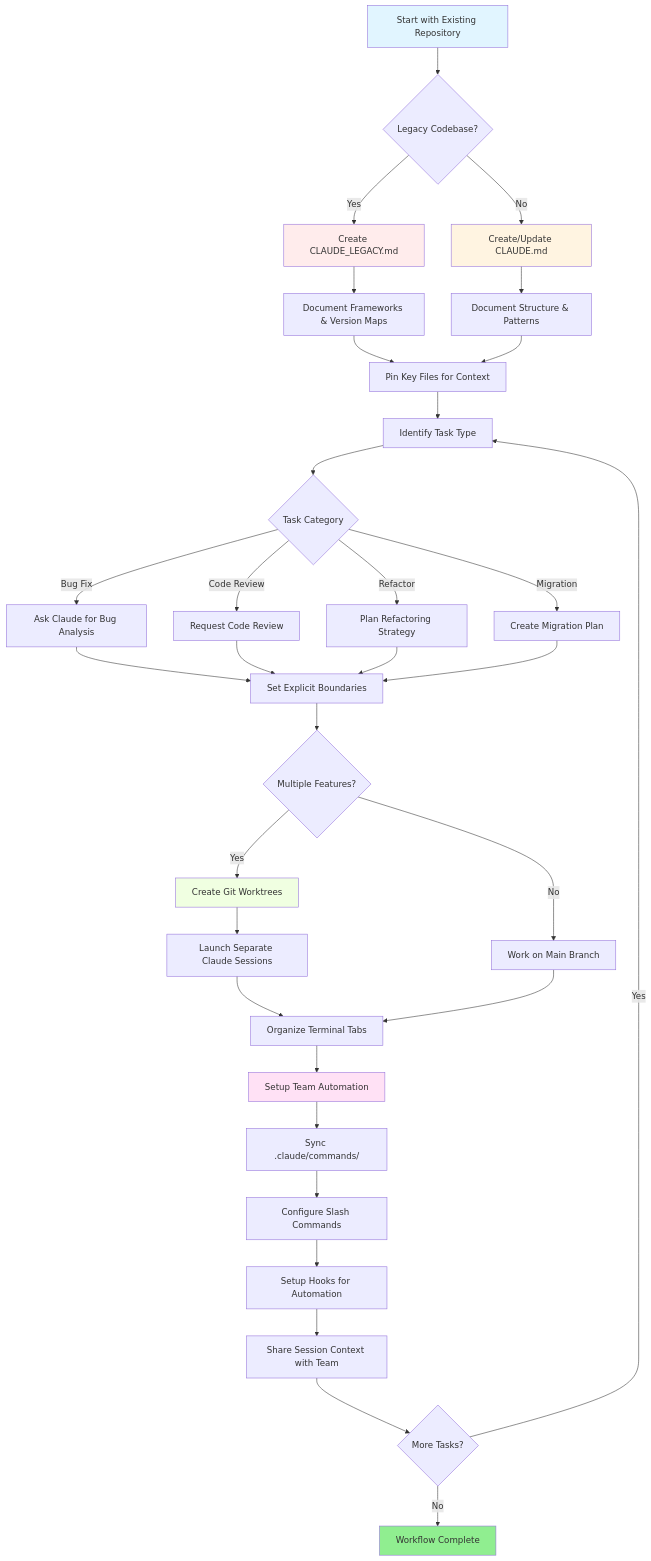
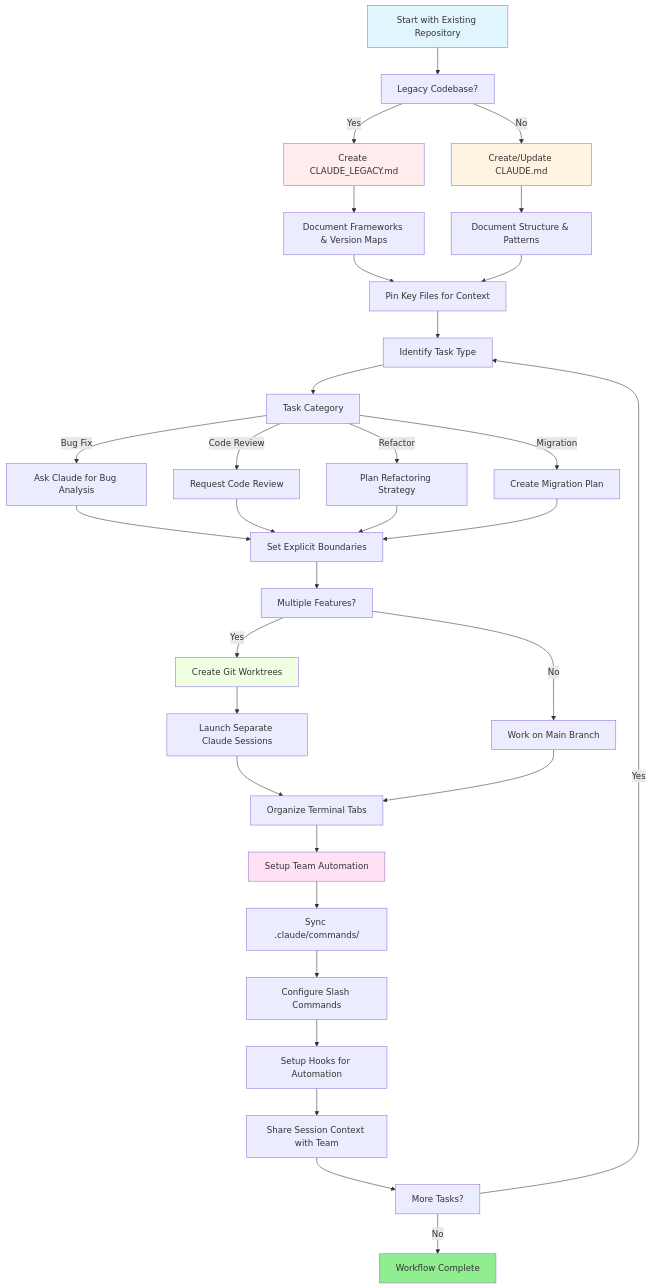
Before and after one commit to Rx782-Fss/claude-howto-zh: the second of 2 diagrams in claude-howto-zh/resources.md, drawn with Mermaid. The commit also changed other lines of this file and 8 other files, not shown here.

First line of the commit message:
fix: 清除所有 Mermaid 内的 GitHub 不兼容内容

````diff
--- a/claude-howto-zh/resources.md
+++ b/claude-howto-zh/resources.md
@@ -236,7 +236,7 @@
 ```mermaid
 graph TD
 
-    A[Start with Existing Repository] --> B{Legacy Codebase?}
+    A[Start with Existing Repository] --> B[Legacy Codebase?]
 
     B -->|Yes| C[Create CLAUDE_LEGACY.md]
 
@@ -254,7 +254,7 @@
 
     G --> H[Identify Task Type]
 
-    H --> I{Task Category}
+    H --> I[Task Category]
 
     I -->|Bug Fix| J[Ask Claude for Bug Analysis]
 
@@ -276,7 +276,7 @@
 
 
 
-    N --> O{Multiple Features?}
+    N --> O[Multiple Features?]
 
     O -->|Yes| P[Create Git Worktrees]
 
@@ -302,7 +302,7 @@
 
 
 
-    X --> Y{More Tasks?}
+    X --> Y[More Tasks?]
 
     Y -->|Yes| H
 
````
